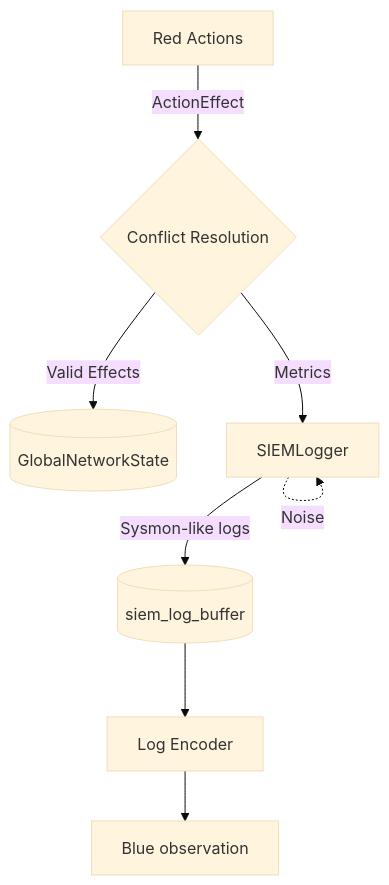
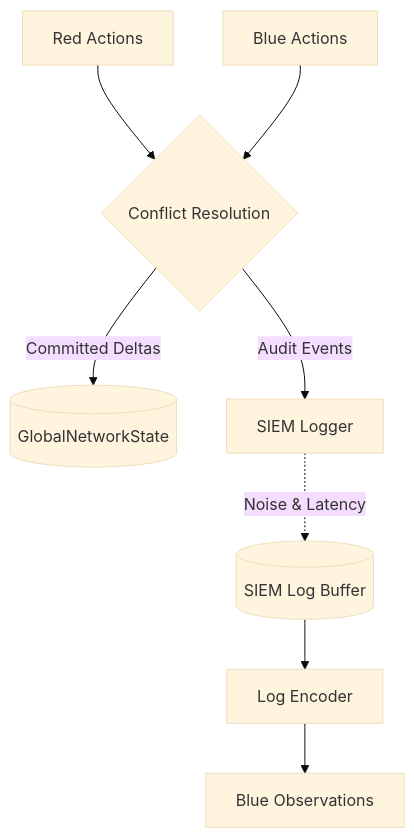
The second of 2 diagrams in docs/architecture/overview.md (reforcemind/NetForge_RL), drawn with Mermaid (base theme) before and after one commit. The commit also changed other lines of this file and 45 other files, not shown here.

````diff
--- a/docs/architecture/overview.md
+++ b/docs/architecture/overview.md
@@ -26,10 +38,10 @@
 ```mermaid
 flowchart TD
-    R1[Red Actions] -->|ActionEffect| CRE{Conflict Resolution}
-    CRE -->|Valid Effects| GNS[(GlobalNetworkState)]
-    CRE -->|Metrics| SL[SIEMLogger]
-    SL -.->|Noise| SL
-    SL -->|Sysmon-like logs| LB[(siem_log_buffer)]
-    LB --> NLP[Log Encoder]
-    NLP --> BO[Blue observation]
+    Red[Red Actions] --> CRE{Conflict Resolution}
+    Blue[Blue Actions] --> CRE
+    CRE -->|Committed Deltas| GNS[(GlobalNetworkState)]
+    CRE -->|Audit Events| SL[SIEM Logger]
+    SL -.->|Noise & Latency| LB[(SIEM Log Buffer)]
+    LB --> LE[Log Encoder]
+    LE --> BO[Blue Observations]
 ```
````
